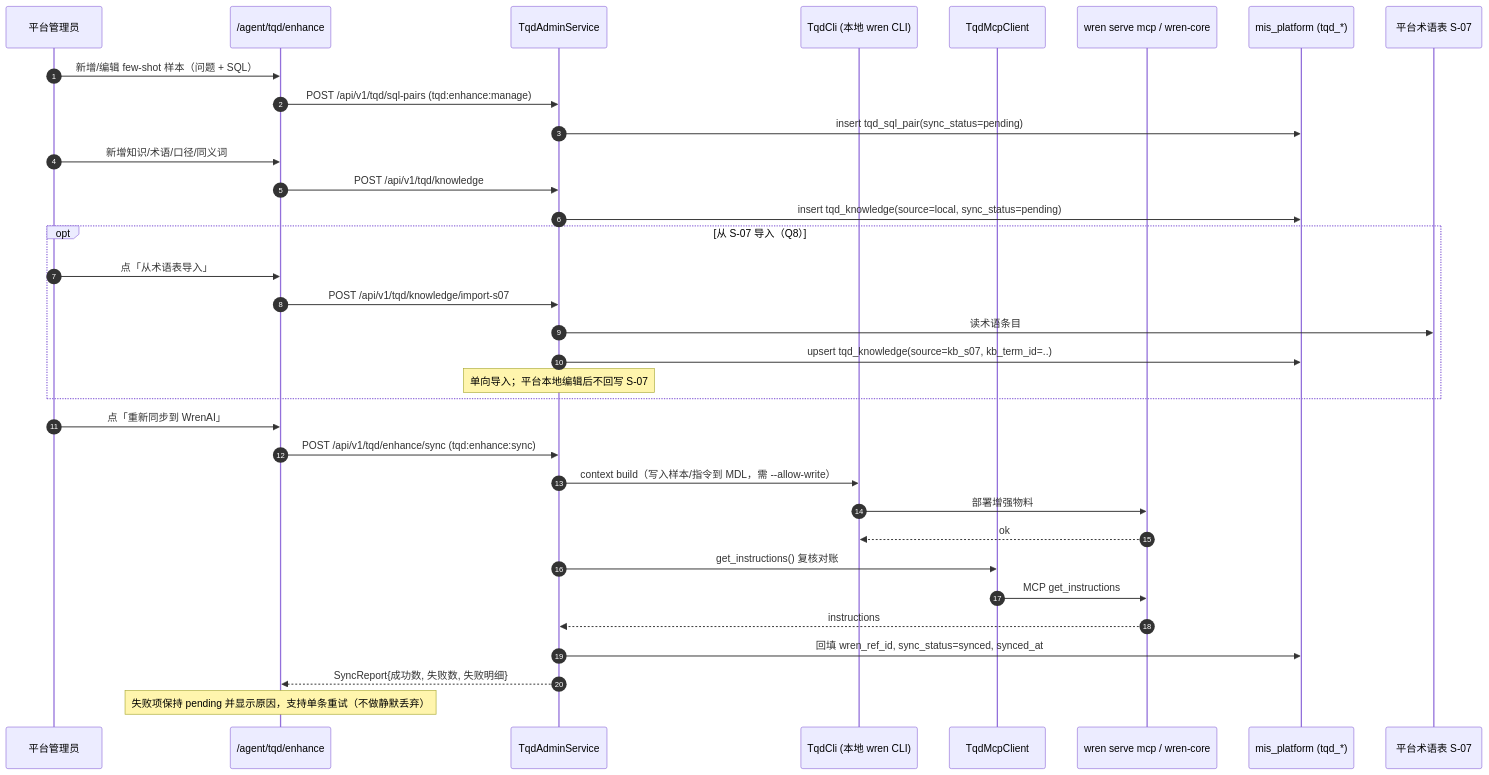
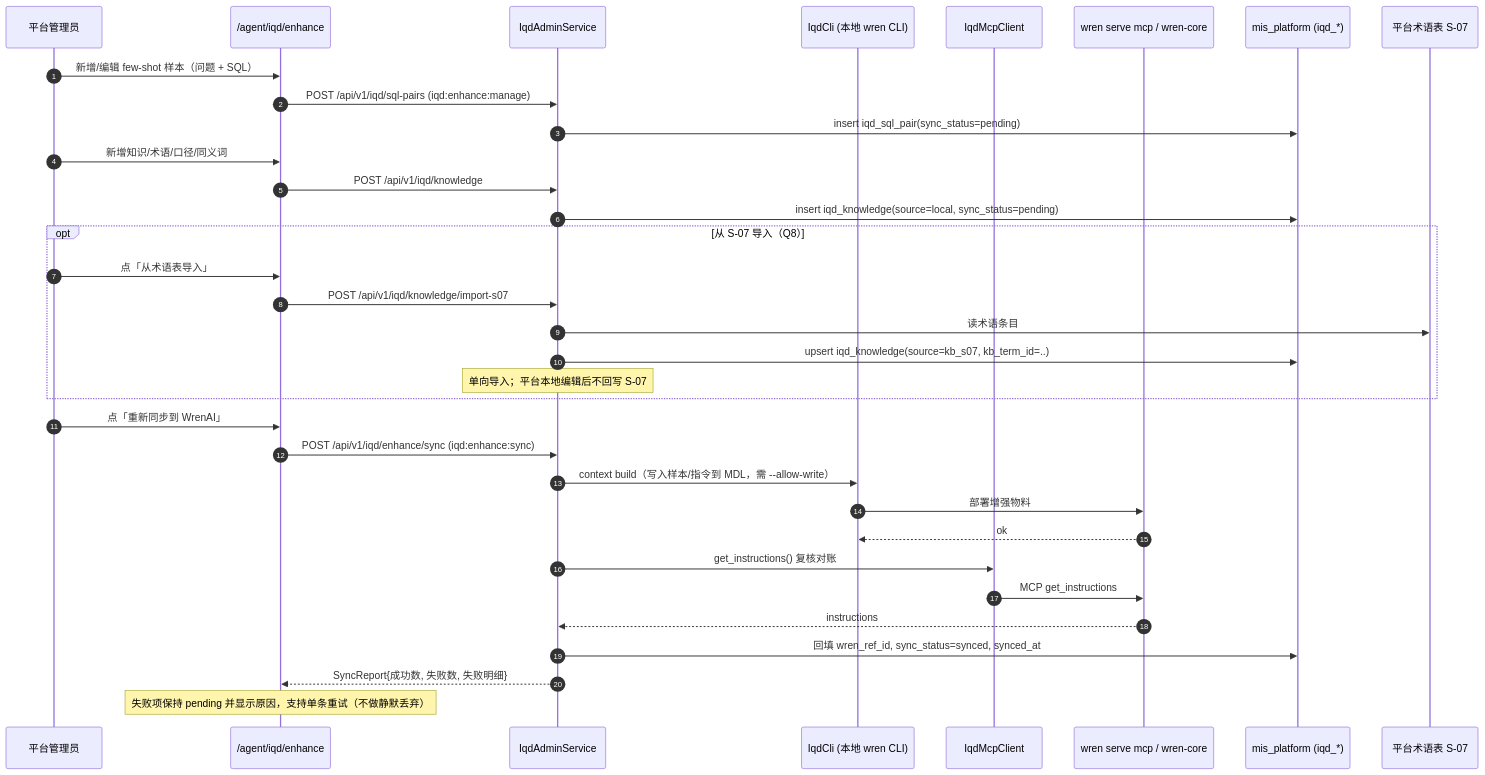
Before and after one commit to 13961588612/mis-platform: the seventh of 11 diagrams in docs/ai-fusion/wrenai/architecture.md, drawn with Mermaid. The commit also changed other lines of this file and 12 other files, not shown here.

First line of the commit message:
docs(wrenai): rename module/table prefix tqd -> iqd (mis-tqd -> mis-iqd, tqd_* -> iqd_*)

````diff
--- a/docs/ai-fusion/wrenai/architecture.md
+++ b/docs/ai-fusion/wrenai/architecture.md
@@ -1870,37 +1870,37 @@
 ```mermaid
 sequenceDiagram
     autonumber
     participant ADM as 平台管理员
-    participant EP as /agent/tqd/enhance
-    participant SVC as TqdAdminService
-    participant CLI as TqdCli (本地 wren CLI)
-    participant MC as TqdMcpClient
+    participant EP as /agent/iqd/enhance
+    participant SVC as IqdAdminService
+    participant CLI as IqdCli (本地 wren CLI)
+    participant MC as IqdMcpClient
     participant WM as wren serve mcp / wren-core
-    participant DB as mis_platform (tqd_*)
+    participant DB as mis_platform (iqd_*)
     participant S07 as 平台术语表 S-07
 
     ADM->>EP: 新增/编辑 few-shot 样本（问题 + SQL）
-    EP->>SVC: POST /api/v1/tqd/sql-pairs (tqd:enhance:manage)
-    SVC->>DB: insert tqd_sql_pair(sync_status=pending)
+    EP->>SVC: POST /api/v1/iqd/sql-pairs (iqd:enhance:manage)
+    SVC->>DB: insert iqd_sql_pair(sync_status=pending)
     ADM->>EP: 新增知识/术语/口径/同义词
-    EP->>SVC: POST /api/v1/tqd/knowledge
-    SVC->>DB: insert tqd_knowledge(source=local, sync_status=pending)
+    EP->>SVC: POST /api/v1/iqd/knowledge
+    SVC->>DB: insert iqd_knowledge(source=local, sync_status=pending)
     opt 从 S-07 导入（Q8）
         ADM->>EP: 点「从术语表导入」
-        EP->>SVC: POST /api/v1/tqd/knowledge/import-s07
+        EP->>SVC: POST /api/v1/iqd/knowledge/import-s07
         SVC->>S07: 读术语条目
-        SVC->>DB: upsert tqd_knowledge(source=kb_s07, kb_term_id=..)
+        SVC->>DB: upsert iqd_knowledge(source=kb_s07, kb_term_id=..)
         Note over SVC: 单向导入；平台本地编辑后不回写 S-07
     end
     ADM->>EP: 点「重新同步到 WrenAI」
-    EP->>SVC: POST /api/v1/tqd/enhance/sync (tqd:enhance:sync)
+    EP->>SVC: POST /api/v1/iqd/enhance/sync (iqd:enhance:sync)
     SVC->>CLI: context build（写入样本/指令到 MDL，需 --allow-write）
     CLI->>WM: 部署增强物料
     WM-->>CLI: ok
     SVC->>MC: get_instructions() 复核对账
     MC->>WM: MCP get_instructions
     WM-->>SVC: instructions
     SVC->>DB: 回填 wren_ref_id, sync_status=synced, synced_at
     SVC-->>EP: SyncReport{成功数, 失败数, 失败明细}
     Note over EP: 失败项保持 pending 并显示原因，支持单条重试（不做静默丢弃）
 ```
````
